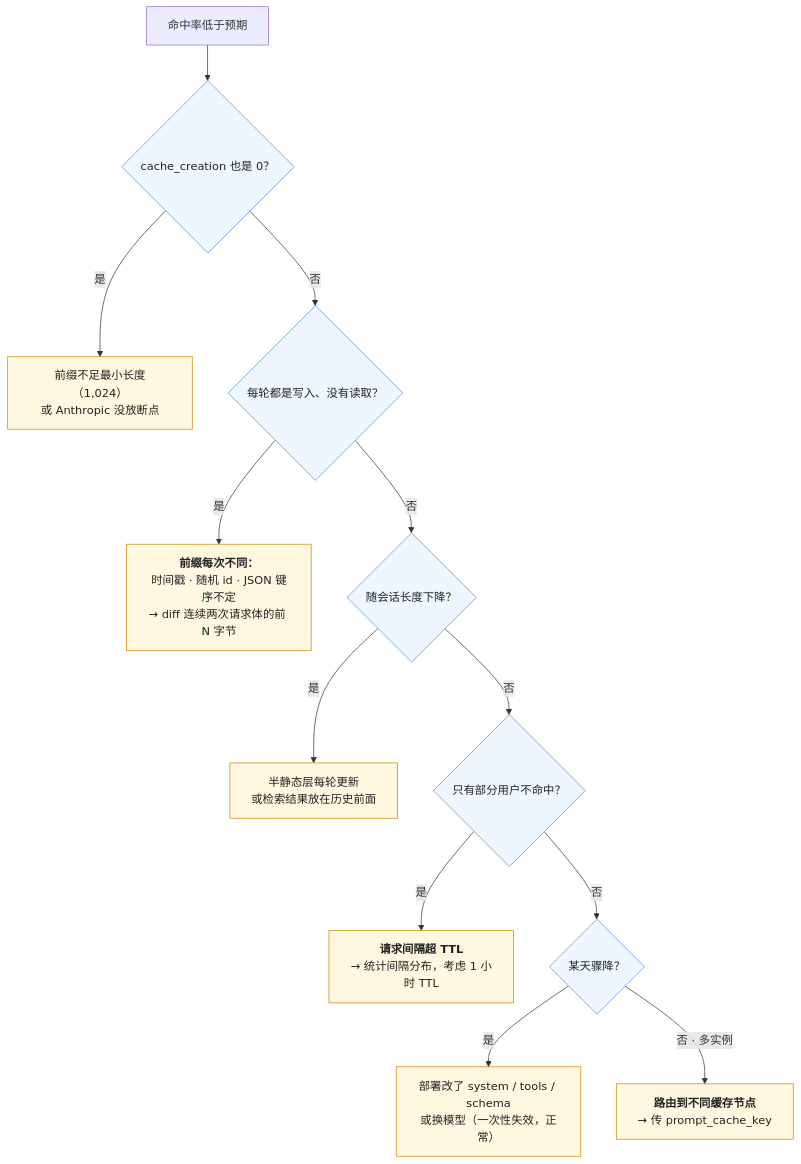
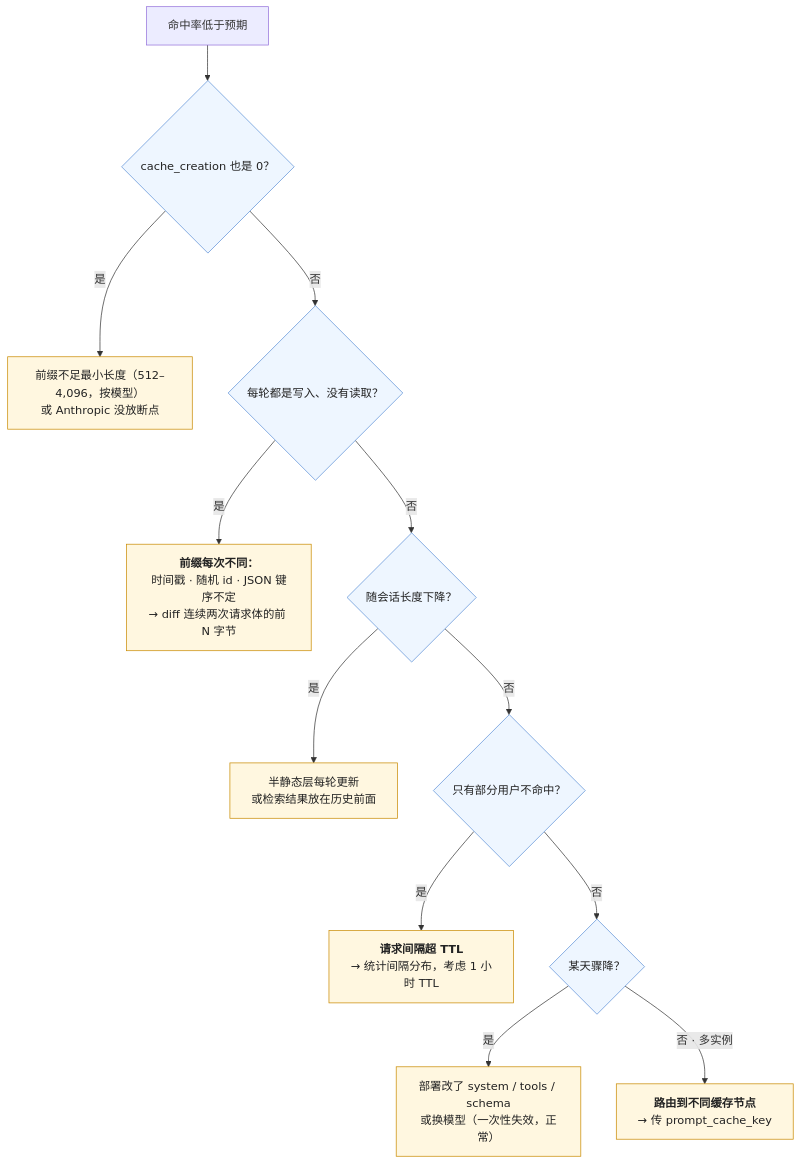
Before and after one commit to arganzheng/arganzheng.github.com: the fourth of 4 diagrams in _posts/2026-10-10-prompt-caching-and-context-layout.md, drawn with Mermaid. The commit also changed other lines of this file and 5 other files, not shown here.

````diff
--- a/_posts/2026-10-10-prompt-caching-and-context-layout.md
+++ b/_posts/2026-10-10-prompt-caching-and-context-layout.md
@@ -244,19 +244,19 @@
 ```mermaid
 %% 图：命中率排查的决策树——先看 cache_creation 是否为 0（前缀不足最小长度或没放断点），再看是否每轮都在写入（前缀每次不同：时间戳、随机 id、序列化不确定），再看是否随会话长度下降（半静态层每轮更新或检索结果放在历史前），再看是否只有部分用户不命中（间隔超 TTL），最后看是否某天骤降（部署改了前缀或换了模型）
 flowchart TB
     Q["命中率低于预期"] --> A{"cache_creation 也是 0？"}
-    A -->|"是"| A1["前缀不足最小长度（1,024）<br/>或 Anthropic 没放断点"]
+    A -->|"是"| A1["前缀不足最小长度（512–4,096，按模型）<br/>或 Anthropic 没放断点"]
     A -->|"否"| B{"每轮都是写入、没有读取？"}
     B -->|"是"| B1["<b>前缀每次不同：</b><br/>时间戳 · 随机 id · JSON 键序不定<br/>→ diff 连续两次请求体的前 N 字节"]
     B -->|"否"| C{"随会话长度下降？"}
     C -->|"是"| C1["半静态层每轮更新<br/>或检索结果放在历史前面"]
     C -->|"否"| D{"只有部分用户不命中？"}
     D -->|"是"| D1["<b>请求间隔超 TTL</b><br/>→ 统计间隔分布，考虑 1 小时 TTL"]
     D -->|"否"| E{"某天骤降？"}
     E -->|"是"| E1["部署改了 system / tools / schema<br/>或换模型（一次性失效，正常）"]
     E -->|"否 · 多实例"| F1["<b>路由到不同缓存节点</b><br/>→ 传 prompt_cache_key"]
     classDef dec fill:#eef6ff,stroke:#5b8fd6,color:#222
     classDef fix fill:#fff7e0,stroke:#c98a00,color:#222
     class A,B,C,D,E dec
     class A1,B1,C1,D1,E1,F1 fix
 ```
````
